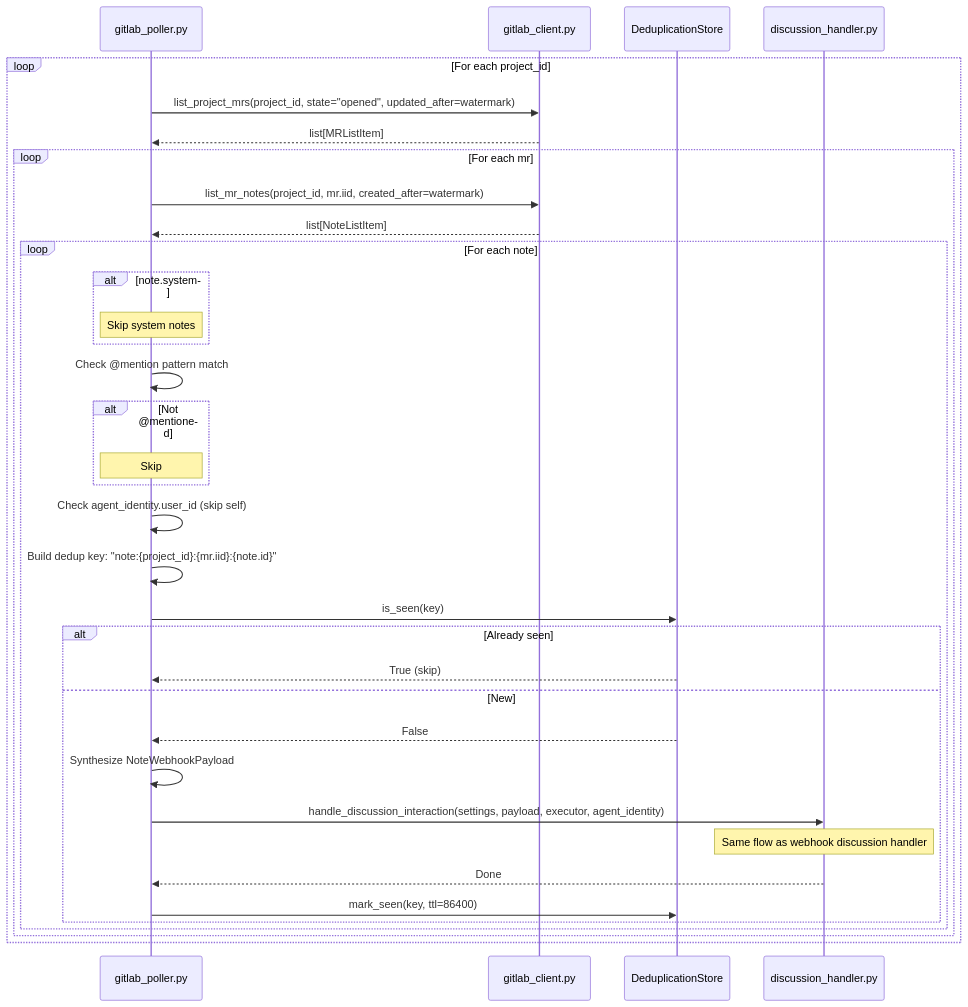
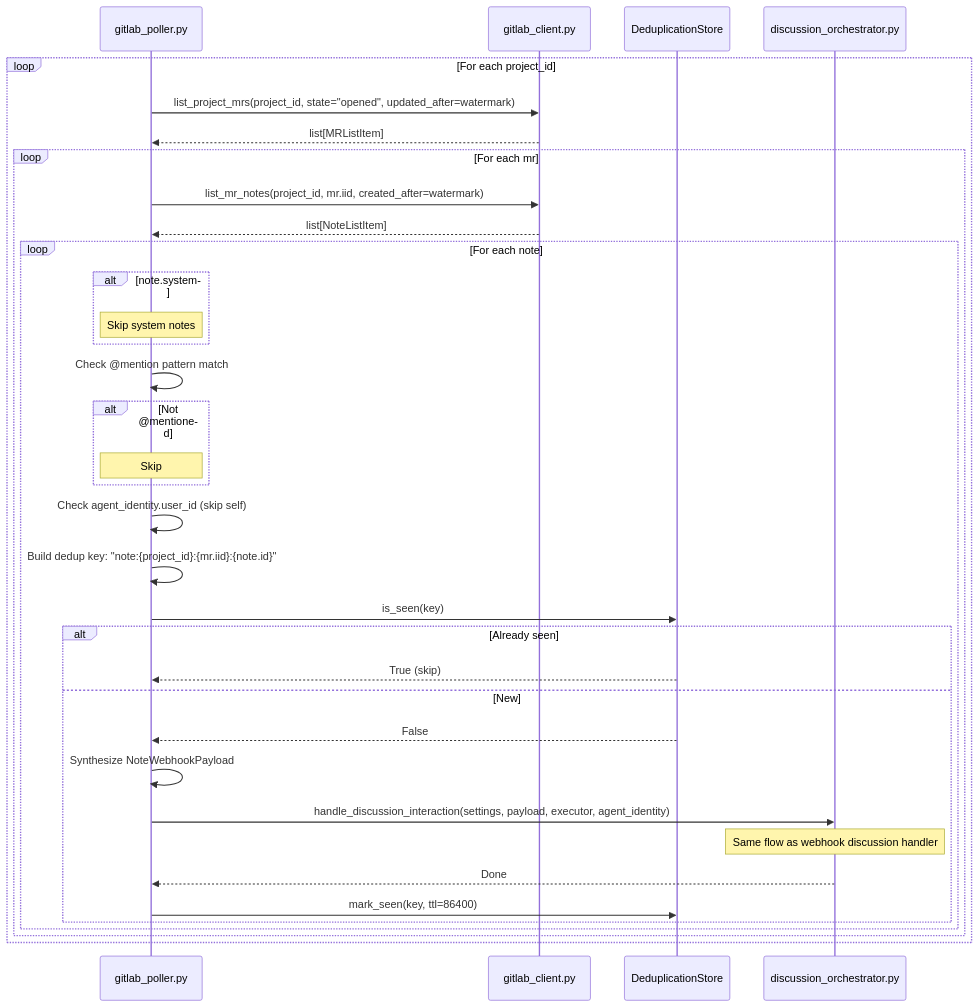
One commit to peteroden/gitlab-copilot-agent changed the third of 5 diagrams in docs/wiki/request-flows.md. Above: the diagram before and after it, drawn with Mermaid. The commit also changed other lines of this file and 12 other files, not shown here.

First line of the commit message:
refactor: rename discussion_handler to discussion_orchestrator (#321)

````diff
--- a/docs/wiki/request-flows.md
+++ b/docs/wiki/request-flows.md
@@ -174,40 +174,40 @@
 ```mermaid
 sequenceDiagram
     participant POLL as gitlab_poller.py
     participant GLCL as gitlab_client.py
     participant DEDUP as DeduplicationStore
-    participant DH as discussion_handler.py
+    participant DH as discussion_orchestrator.py
     
     loop For each project_id
         POLL->>GLCL: list_project_mrs(project_id, state="opened", updated_after=watermark)
         GLCL-->>POLL: list[MRListItem]
         
         loop For each mr
             POLL->>GLCL: list_mr_notes(project_id, mr.iid, created_after=watermark)
             GLCL-->>POLL: list[NoteListItem]
             
             loop For each note
                 alt note.system
                     Note over POLL: Skip system notes
                 end
                 POLL->>POLL: Check @mention pattern match
                 alt Not @mentioned
                     Note over POLL: Skip
                 end
                 POLL->>POLL: Check agent_identity.user_id (skip self)
                 POLL->>POLL: Build dedup key: "note:{project_id}:{mr.iid}:{note.id}"
                 POLL->>DEDUP: is_seen(key)
                 alt Already seen
                     DEDUP-->>POLL: True (skip)
                 else New
                     DEDUP-->>POLL: False
                     POLL->>POLL: Synthesize NoteWebhookPayload
                     POLL->>DH: handle_discussion_interaction(settings, payload, executor, agent_identity)
                     Note over DH: Same flow as webhook discussion handler
                     DH-->>POLL: Done
                     POLL->>DEDUP: mark_seen(key, ttl=86400)
                 end
             end
         end
     end
 ```
````
